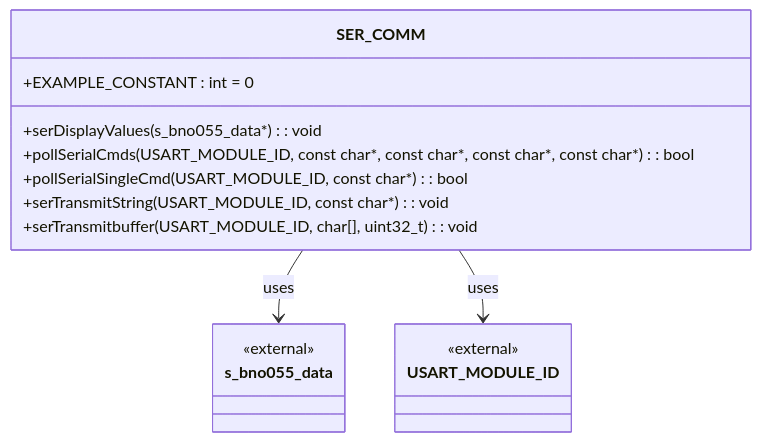
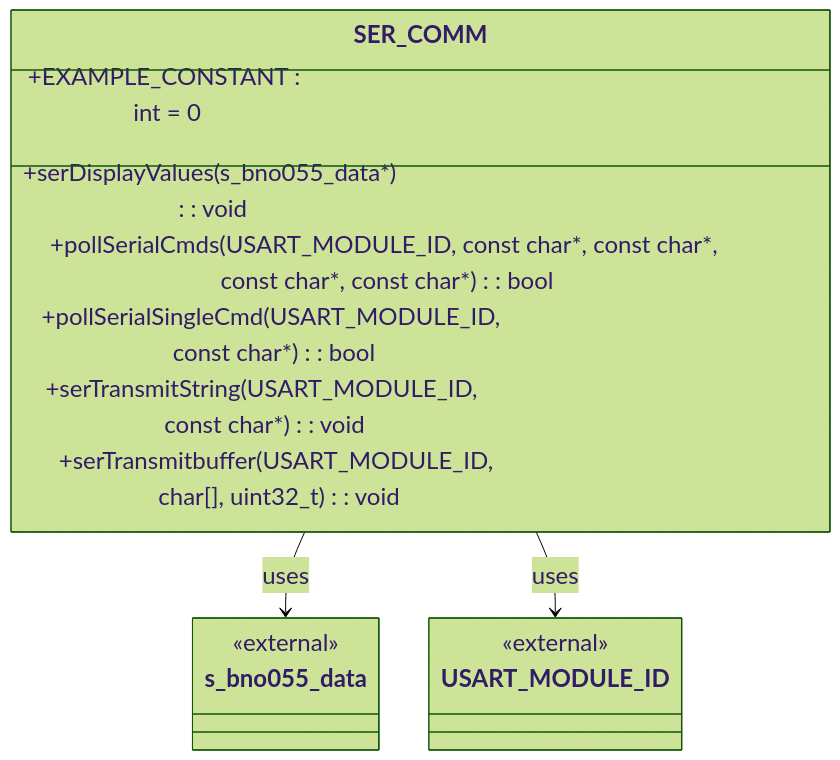
One commit to Ali-Z0/1924B_Miniaturized-Flight-Recorder changed the diagram in doc/references/diagrammes-mermaid/classes/ser-com-class.mmd. Above: the diagram before and after it, drawn with Mermaid. The commit also changed 23 other files, not shown here.

```diff
--- a/doc/references/diagrammes-mermaid/classes/ser-com-class.mmd
+++ b/doc/references/diagrammes-mermaid/classes/ser-com-class.mmd
@@ -1,21 +1,23 @@
+%%{init: {'theme': 'forest', 'themeVariables': { 'fontSize': '24px', 'fontFamily': 'Arial'}}}%%
+
 classDiagram
 
     class SER_COMM {
         +EXAMPLE_CONSTANT : int = 0
         +serDisplayValues(s_bno055_data*) : void
         +pollSerialCmds(USART_MODULE_ID, const char*, const char*, const char*, const char*) : bool
         +pollSerialSingleCmd(USART_MODULE_ID, const char*) : bool
         +serTransmitString(USART_MODULE_ID, const char*) : void
         +serTransmitbuffer(USART_MODULE_ID, char[], uint32_t) : void
     }
     
     class s_bno055_data {
         <<external>>
     }
     
     class USART_MODULE_ID {
         <<external>>
     }
     
     SER_COMM --> s_bno055_data : uses
     SER_COMM --> USART_MODULE_ID : uses
```
